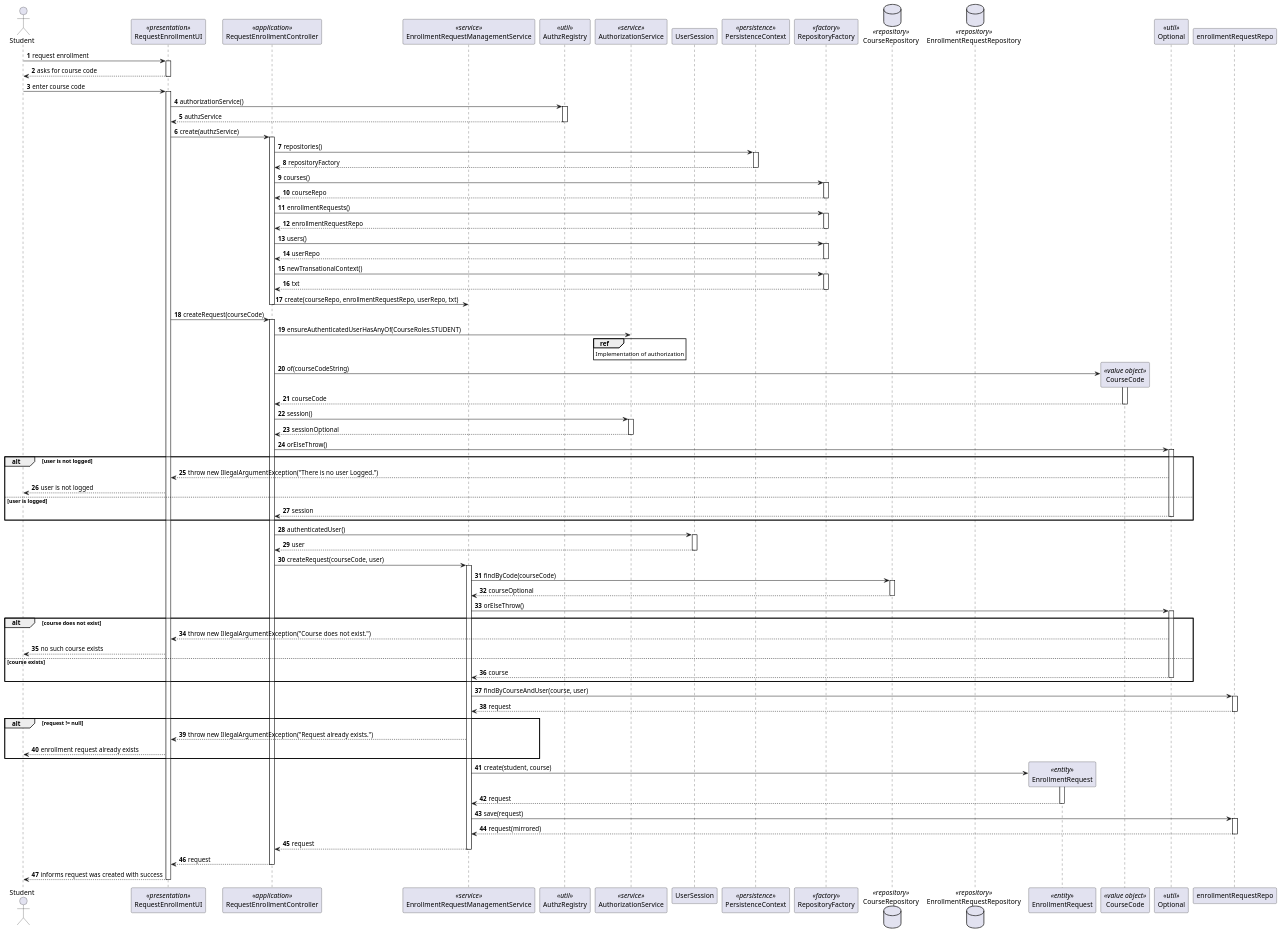
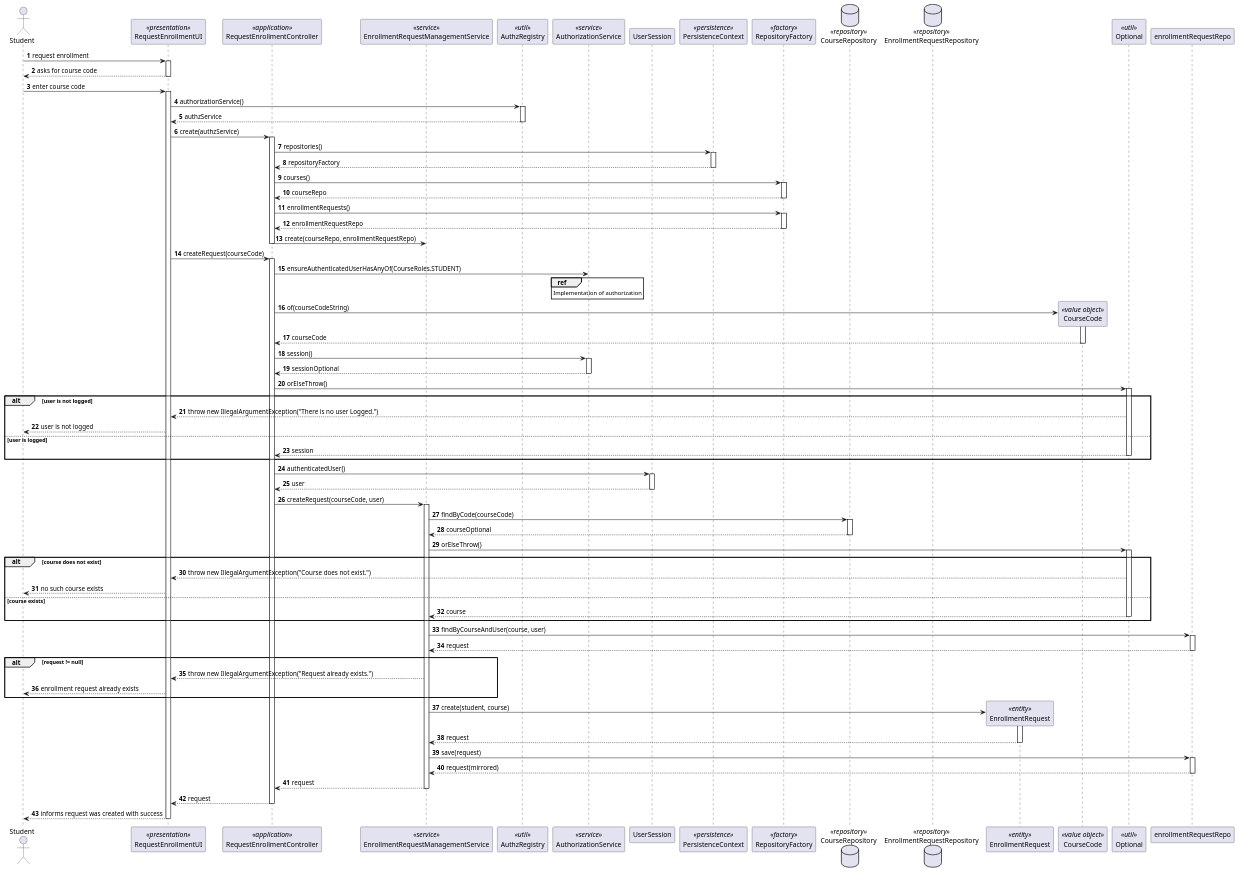
One commit to brunacosta03/sem4pi_22_23 changed the diagram in docs/SPRINT B/US_1008/SD/SD.puml. Above: the diagram before and after it, drawn with PlantUML. The commit also changed 1 other file, not shown here.

Commit message:
fix: neither user repo needed, nor transactional context

```diff
--- a/docs/SPRINT B/US_1008/SD/SD.puml
+++ b/docs/SPRINT B/US_1008/SD/SD.puml
@@ -1,150 +1,141 @@
 @startuml
 'https://plantuml.com/sequence-diagram
 
 autonumber
 
 actor Student as student
 
 participant RequestEnrollmentUI as ui <<presentation>>
 
 participant RequestEnrollmentController as ctrl <<application>>
 
 participant EnrollmentRequestManagementService as svc <<service>>
 participant AuthzRegistry as registry <<util>>
 participant AuthorizationService as authz <<service>>
 participant UserSession as userSession
 
 participant PersistenceContext as ctx <<persistence>>
 participant RepositoryFactory as repoFactory <<factory>>
 
 database CourseRepository as courseRepo <<repository>>
 database EnrollmentRequestRepository as requestRepo <<repository>>
 participant EnrollmentRequest as enrollmentRequest <<entity>>
 
 participant CourseCode as courseCode <<value object>>
 participant Optional as opt <<util>>
 
 
 student -> ui: request enrollment
 activate ui
 ui --> student: asks for course code
 deactivate ui
 
 student -> ui: enter course code
 activate ui
 
 ui -> registry: authorizationService()
 activate registry
 registry --> ui: authzService
 deactivate registry
 ui -> ctrl: create(authzService)
 activate ctrl
 ctrl -> ctx: repositories()
 activate ctx
 ctx --> ctrl: repositoryFactory
 deactivate ctx
 ctrl -> repoFactory: courses()
 activate repoFactory
 repoFactory --> ctrl: courseRepo
 deactivate repoFactory
 
 ctrl -> repoFactory: enrollmentRequests()
 activate repoFactory
 repoFactory --> ctrl: enrollmentRequestRepo
 deactivate repoFactory
 
-ctrl -> repoFactory: users()
-activate repoFactory
-repoFactory --> ctrl: userRepo
-deactivate repoFactory
-
-ctrl -> repoFactory: newTransationalContext()
-activate repoFactory
-repoFactory --> ctrl: txt
-deactivate repoFactory
-ctrl -> svc: create(courseRepo, enrollmentRequestRepo, userRepo, txt)
+ctrl -> svc: create(courseRepo, enrollmentRequestRepo)
 deactivate ctrl
 
 ui -> ctrl: createRequest(courseCode)
 activate ctrl
 
 ctrl -> authz: ensureAuthenticatedUserHasAnyOf(CourseRoles.STUDENT)
 ref over authz
     Implementation of authorization
 end ref
 
 ctrl -> courseCode**: of(courseCodeString)
 activate courseCode
 courseCode --> ctrl: courseCode
 deactivate courseCode
 ctrl -> authz: session()
 activate authz
 authz --> ctrl: sessionOptional
 deactivate authz
 ctrl -> opt: orElseThrow()
 activate opt
 
 alt user is not logged
     opt --> ui: throw new IllegalArgumentException("There is no user Logged.")
     ui --> student: user is not logged
 else user is logged
     opt --> ctrl: session
     deactivate opt
 end alt
 
 ctrl -> userSession: authenticatedUser()
 activate userSession
 userSession --> ctrl: user
 deactivate userSession
 
 ctrl -> svc: createRequest(courseCode, user)
 activate svc
 
 svc -> courseRepo: findByCode(courseCode)
 activate courseRepo
 courseRepo --> svc: courseOptional
 deactivate courseRepo
 svc -> opt: orElseThrow()
 activate opt
 
 alt course does not exist
     opt --> ui: throw new IllegalArgumentException("Course does not exist.")
     ui --> student: no such course exists
 else course exists
     opt --> svc: course
     deactivate opt
 end alt
 
 svc -> enrollmentRequestRepo: findByCourseAndUser(course, user)
 activate enrollmentRequestRepo
 enrollmentRequestRepo --> svc: request
 deactivate enrollmentRequestRepo
 
 alt request != null
     svc --> ui : throw new IllegalArgumentException("Request already exists.")
     ui --> student: enrollment request already exists
 end alt
 
 svc -> enrollmentRequest**: create(student, course)
 activate enrollmentRequest
 enrollmentRequest --> svc: request
 deactivate enrollmentRequest
 
 svc -> enrollmentRequestRepo: save(request)
 activate enrollmentRequestRepo
 enrollmentRequestRepo --> svc: request(mirrored)
 deactivate enrollmentRequestRepo
 
 svc --> ctrl: request
 deactivate svc
 
 ctrl --> ui: request
 deactivate ctrl
 
 ui --> student: informs request was created with success
 deactivate ui
 
 
 
 
 @enduml
```
